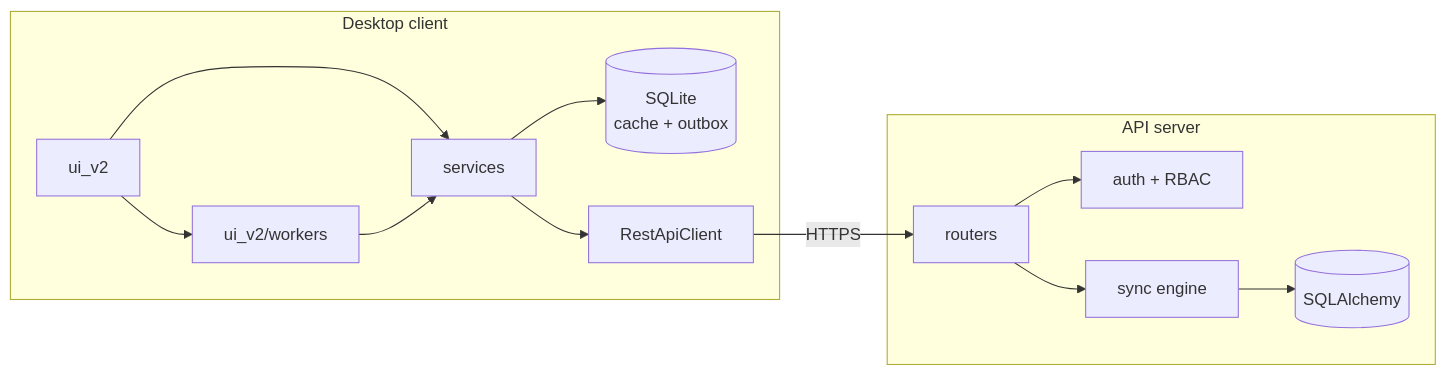
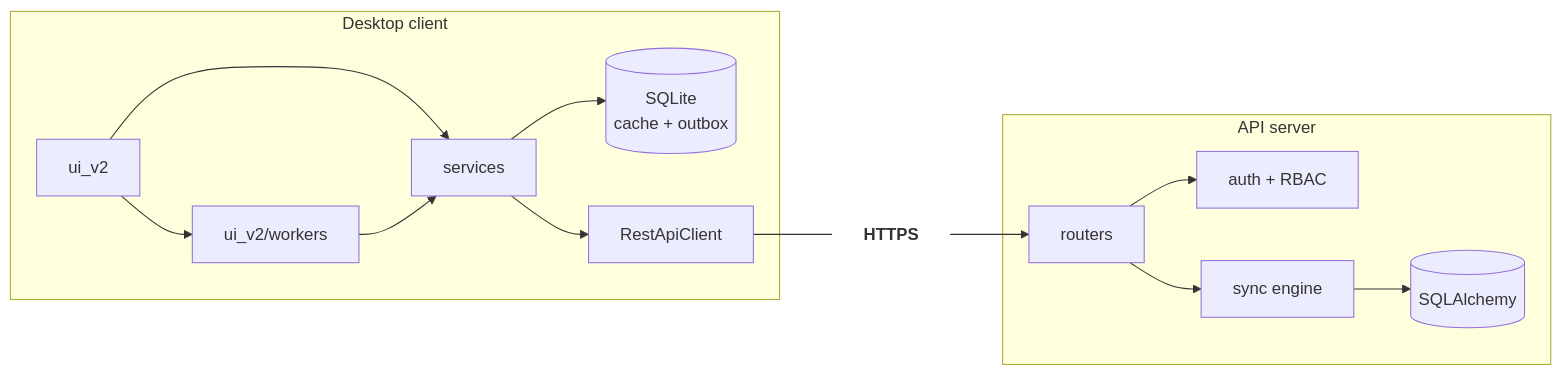
The first of 9 diagrams in docs/ARCHITECTURE.md (Tomas-Skurla/risk-opportunity-manager), drawn with Mermaid before and after one commit. The commit also changed other lines of this file and 84 other files, not shown here.

````diff
--- a/docs/ARCHITECTURE.md
+++ b/docs/ARCHITECTURE.md
@@ -10,18 +9,20 @@
 ```mermaid
 flowchart LR
     subgraph client["Desktop client"]
         UI["ui_v2"] --> BG["ui_v2/workers"]
         UI --> SVC["services"]
         BG --> SVC
         SVC --> STORE[("SQLite<br/>cache + outbox")]
         SVC --> REST["RestApiClient"]
     end
 
     subgraph server["API server"]
         ROUTE["routers"] --> AUTH["auth + RBAC"]
         ROUTE --> ENGINE["sync engine"]
         ENGINE --> DB[("SQLAlchemy")]
     end
 
-    REST -->|HTTPS| ROUTE
+    REST --- HTTPS["`**HTTPS**`"] --> ROUTE
+    classDef caption fill:none,stroke:none
+    class HTTPS caption
 ```
````
